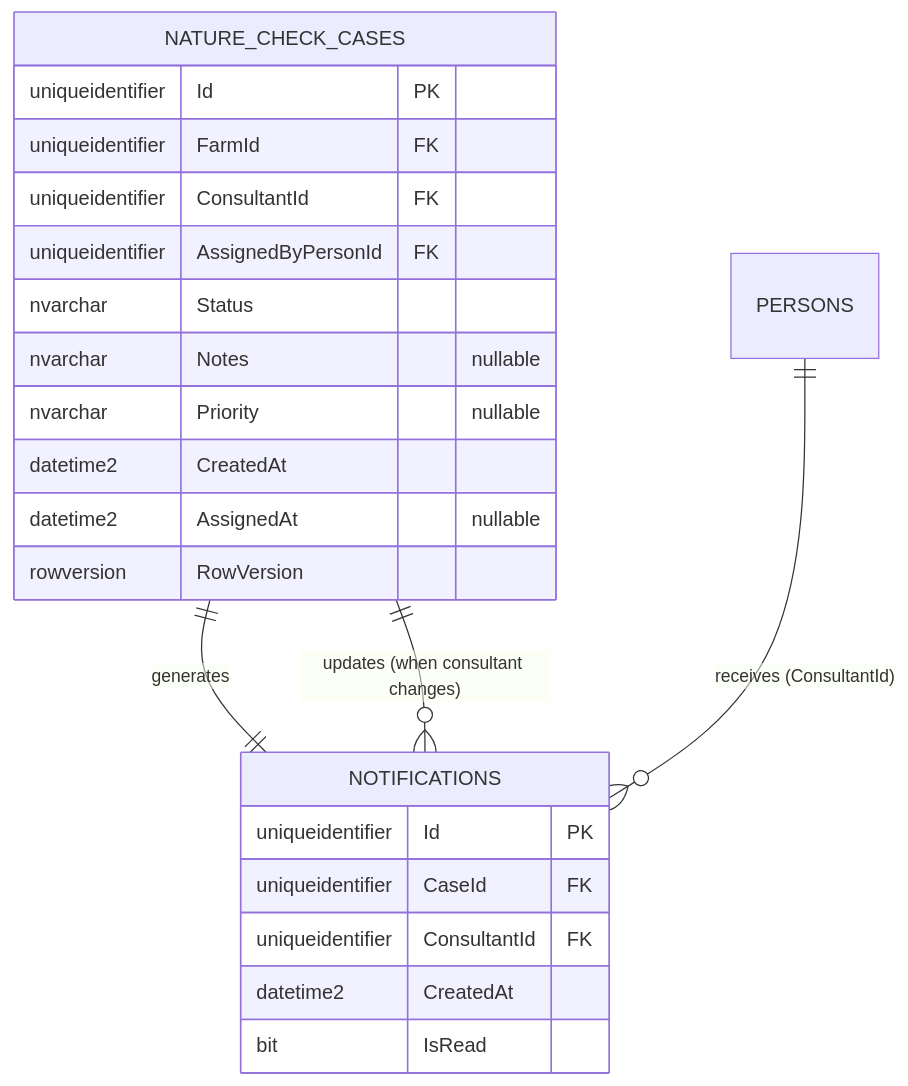
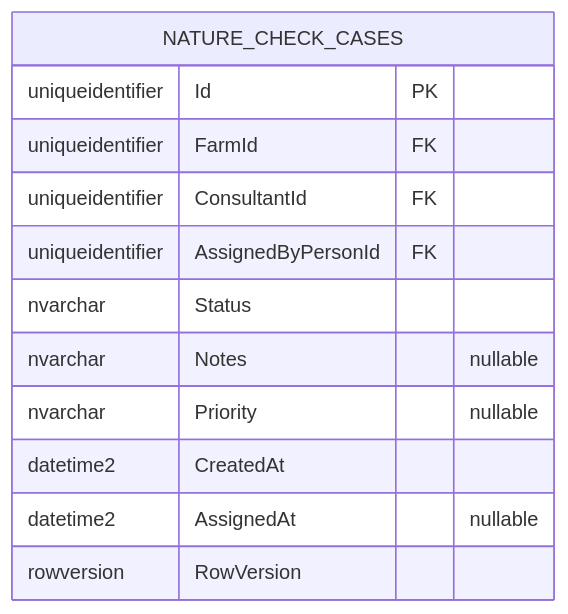
One commit to DMOoF25-TEAM11/ArlaNatureConnect changed the diagram in docs/UseCase002B-AssignNatureCheckCase/UserStories/UC002B.3-UpdateNatureCheckCase/UC002B.3-ER.md. Above: the diagram before and after it, drawn with Mermaid. The commit also changed other lines of this file and 65 other files, not shown here.

Commit message:
Update of UML

````diff
--- a/docs/UseCase002B-AssignNatureCheckCase/UserStories/UC002B.3-UpdateNatureCheckCase/UC002B.3-ER.md
+++ b/docs/UseCase002B-AssignNatureCheckCase/UserStories/UC002B.3-UpdateNatureCheckCase/UC002B.3-ER.md
@@ -7,30 +7,18 @@
 ```mermaid
 erDiagram
     NATURE_CHECK_CASES {
         uniqueidentifier Id PK
         uniqueidentifier FarmId FK
         uniqueidentifier ConsultantId FK
         uniqueidentifier AssignedByPersonId FK
         nvarchar Status
         nvarchar Notes "nullable"
         nvarchar Priority "nullable"
         datetime2 CreatedAt
         datetime2 AssignedAt "nullable"
         rowversion RowVersion
     }
 
-    NOTIFICATIONS {
-        uniqueidentifier Id PK
-        uniqueidentifier CaseId FK
-        uniqueidentifier ConsultantId FK
-        datetime2 CreatedAt
-        bit IsRead
-    }
-
     %% Relationships from UC002B.2
-    NATURE_CHECK_CASES ||--|| NOTIFICATIONS : "generates"
-    PERSONS ||--o{ NOTIFICATIONS : "receives (ConsultantId)"
-    
-    %% Update-specific relationships
-    NATURE_CHECK_CASES ||--o{ NOTIFICATIONS : "updates (when consultant changes)"
+    %% (No Notifications table in EF Core implementation)
 ```
````
